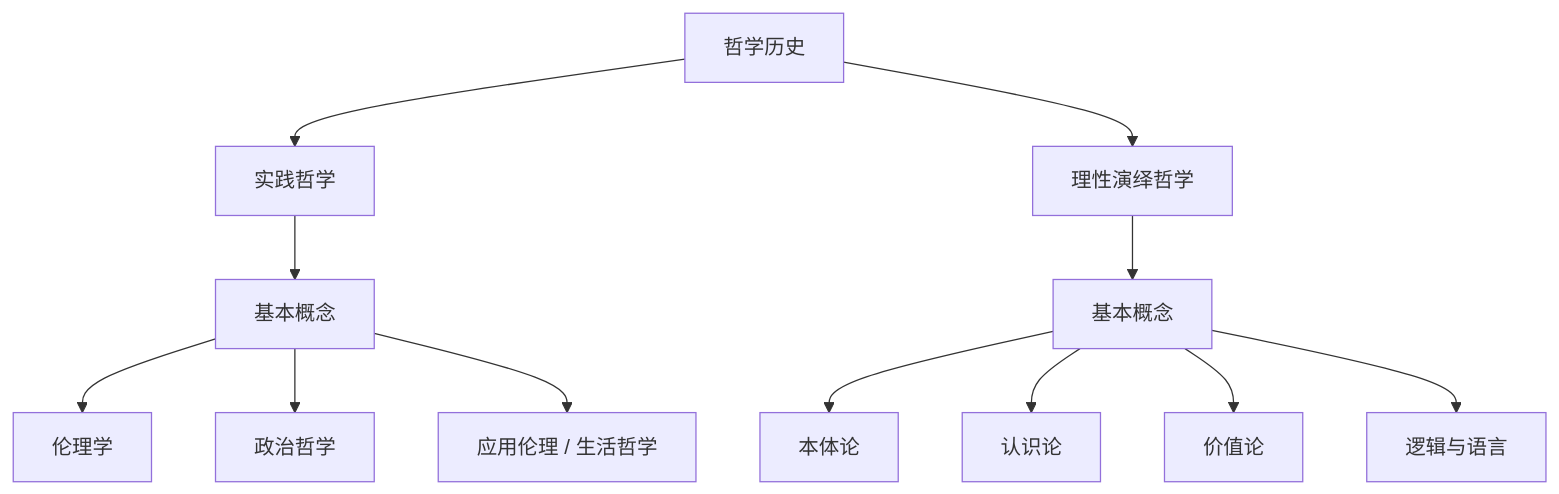
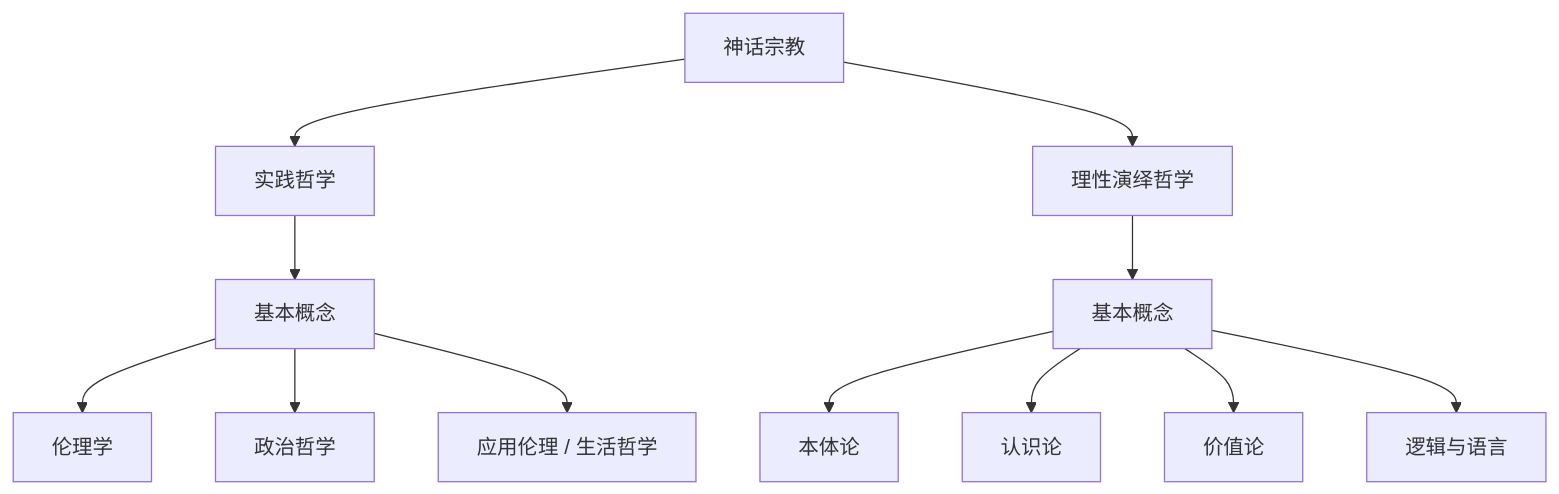
One commit to XinYong-Liu/Filosofia changed the diagram in README.md. Above: the diagram before and after it, drawn with Mermaid.

````diff
--- a/README.md
+++ b/README.md
@@ -12,16 +12,16 @@
 ```mermaid
 graph TD
-  A[哲学历史] --> B[实践哲学]
+  A[神话宗教] --> B[实践哲学]
 
   A --> C[理性演绎哲学]
   C --> D[基本概念]
   D --> E[本体论]
   D --> F[认识论]
   D --> G[价值论]
   D --> H[逻辑与语言]
 
   B --> I[基本概念]
   I --> J[伦理学]
   I --> K[政治哲学]
   I --> L[应用伦理 / 生活哲学]
 ```
````
